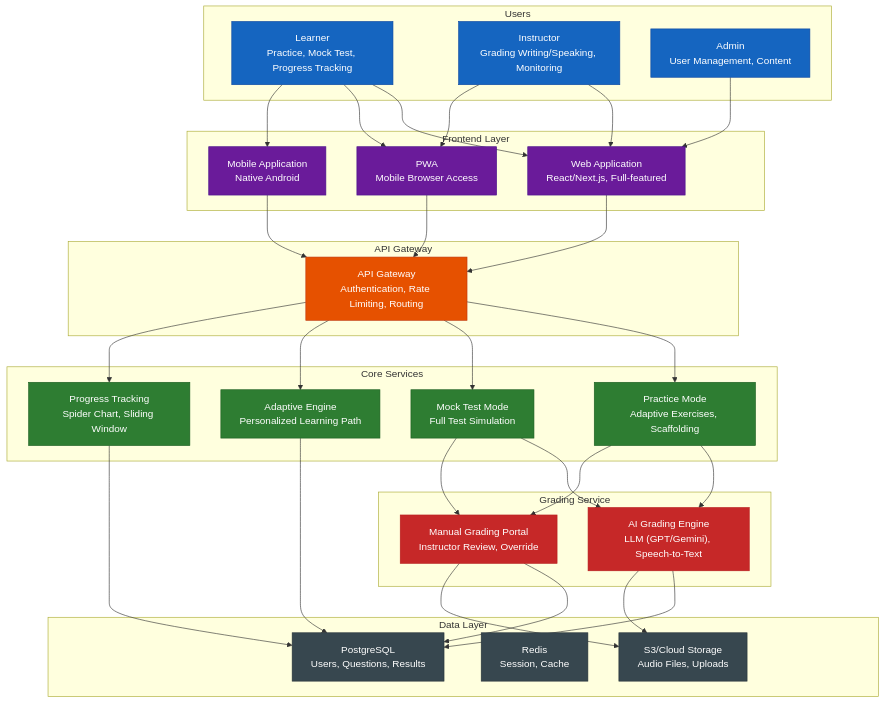
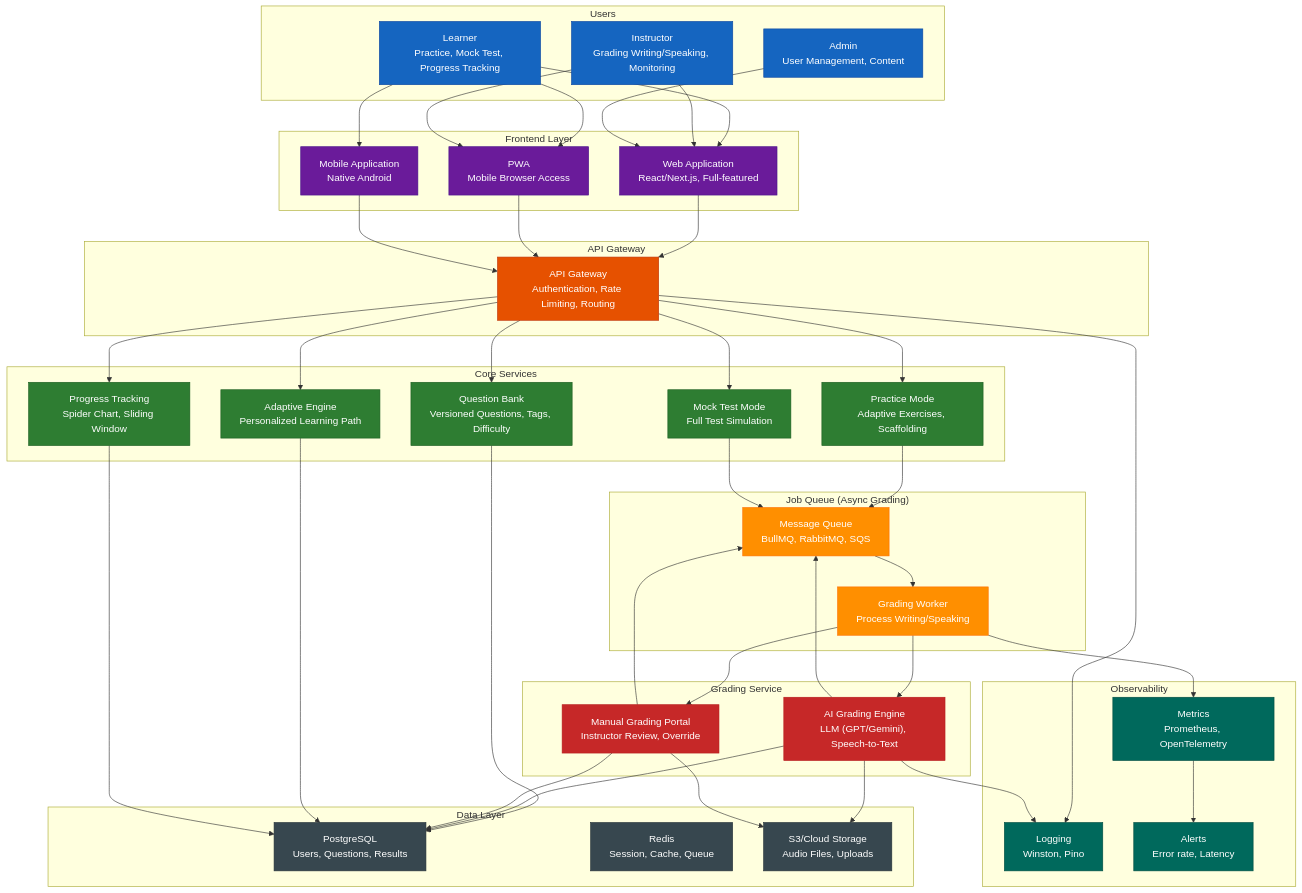
One commit to nghyane/VSTEP changed the first of 7 diagrams in docs/capstone/diagrams/flow-diagrams.vi.md. Above: the diagram before and after it, drawn with Mermaid.

Commit message:
docs: enhance System Architecture with Question Bank, Queue, Observability
- Add Question Bank with versioning (prevent result drift)
- Add Message Queue for async grading (BullMQ/RabbitMQ/SQS)
- Add Observability layer (Logging, Metrics, Alerts)

````diff
--- a/docs/capstone/diagrams/flow-diagrams.vi.md
+++ b/docs/capstone/diagrams/flow-diagrams.vi.md
@@ -25,6 +25,12 @@
         MM["Mock Test Mode<br/>Full Test Simulation"]
         AE["Adaptive Engine<br/>Personalized Learning Path"]
         PT["Progress Tracking<br/>Spider Chart, Sliding Window"]
+        QB["Question Bank<br/>Versioned Questions, Tags, Difficulty"]
+    end
+
+    subgraph Queue ["Job Queue (Async Grading)"]
+        MQ["Message Queue<br/>BullMQ, RabbitMQ, SQS"]
+        Worker["Grading Worker<br/>Process Writing/Speaking"]
     end
 
     subgraph Grading ["Grading Service"]
@@ -32,9 +38,15 @@
         HG["Manual Grading Portal<br/>Instructor Review, Override"]
     end
 
+    subgraph Observability ["Observability"]
+        Logs["Logging<br/>Winston, Pino"]
+        Metrics["Metrics<br/>Prometheus, OpenTelemetry"]
+        Alerts["Alerts<br/>Error rate, Latency"]
+    end
+
     subgraph Data ["Data Layer"]
         DB["PostgreSQL<br/>Users, Questions, Results"]
-        C["Redis<br/>Session, Cache"]
+        C["Redis<br/>Session, Cache, Queue"]
         F["S3/Cloud Storage<br/>Audio Files, Uploads"]
     end
 
@@ -42,14 +54,18 @@
     classDef frontend fill:#6a1b9a,stroke:#4a148c,color:#fff
     classDef gateway fill:#e65100,stroke:#bf360c,color:#fff
     classDef core fill:#2e7d32,stroke:#1b5e20,color:#fff
+    classDef queue fill:#ff8f00,stroke:#ff6f00,color:#fff
     classDef grading fill:#c62828,stroke:#b71c1c,color:#fff
+    classDef observability fill:#00695c,stroke:#004d40,color:#fff
     classDef data fill:#37474f,stroke:#263238,color:#fff
 
     class L,I,A users
     class W,P,M frontend
     class G gateway
-    class PM,MM,AE,PT core
+    class PM,MM,AE,PT,QB core
+    class MQ,Worker queue
     class AI,HG grading
+    class Logs,Metrics,Alerts observability
     class DB,C,F data
 
     L --> W
@@ -65,14 +81,23 @@
     G --> MM
     G --> AE
     G --> PT
-    PM --> AI
-    MM --> AI
-    MM --> HG
-    PM --> HG
+    G --> QB
+    QB --> DB
+    PM --> MQ
+    MM --> MQ
+    MQ --> Worker
+    Worker --> AI
+    Worker --> HG
+    AI --> MQ
+    HG --> MQ
     AI --> DB
     HG --> DB
     AE --> DB
     PT --> DB
     AI --> F
     HG --> F
+    G --> Logs
+    AI --> Logs
+    Worker --> Metrics
+    Metrics --> Alerts
 ```
````
